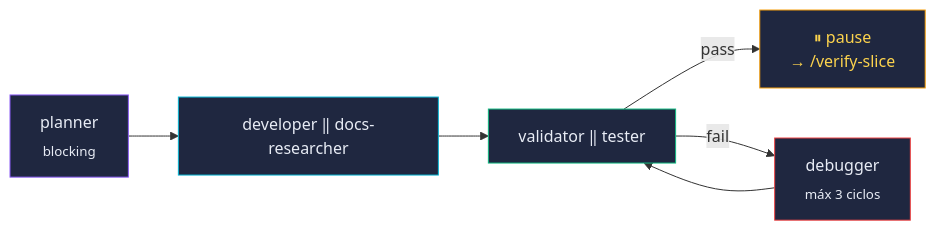
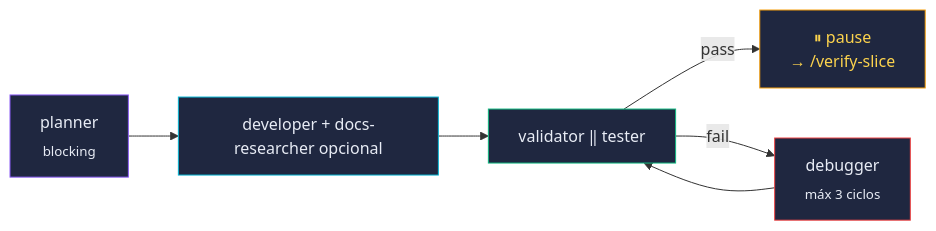
One commit to sergiolrinditex/React-Python-Login-Admin changed the second of 6 diagrams in site/diagrams/comandos.md. Above: the diagram before and after it, drawn with Mermaid. The commit also changed other lines of this file and 49 other files, not shown here.

````diff
--- a/site/diagrams/comandos.md
+++ b/site/diagrams/comandos.md
@@ -70,14 +70,14 @@
 ```mermaid
 flowchart LR
-    A[planner<br><sub>blocking</sub>] --> B[developer ‖ docs-researcher]
+    A[planner<br><sub>blocking</sub>] --> B[developer + docs-researcher opcional]
     B --> C[validator ‖ tester]
     C -- pass --> D[⏸ pause<br>→ /verify-slice]
     C -- fail --> E[debugger<br><sub>máx 3 ciclos</sub>]
     E --> C
 
     style A fill:#1f2740,stroke:#8b5cf6,color:#e8ecf5
     style B fill:#1f2740,stroke:#06b6d4,color:#e8ecf5
     style C fill:#1f2740,stroke:#10b981,color:#e8ecf5
     style D fill:#1f2740,stroke:#f59e0b,color:#fcd34d
     style E fill:#1f2740,stroke:#ef4444,color:#e8ecf5
 ```
````
